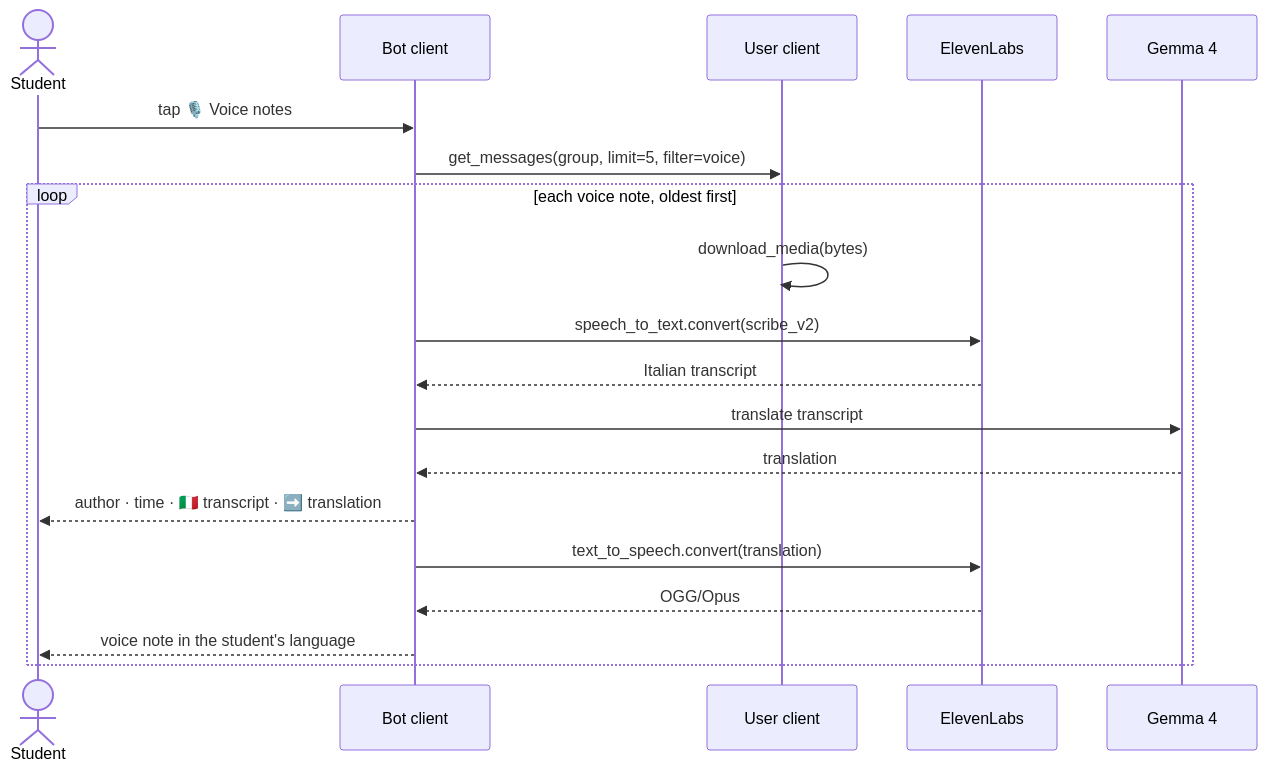
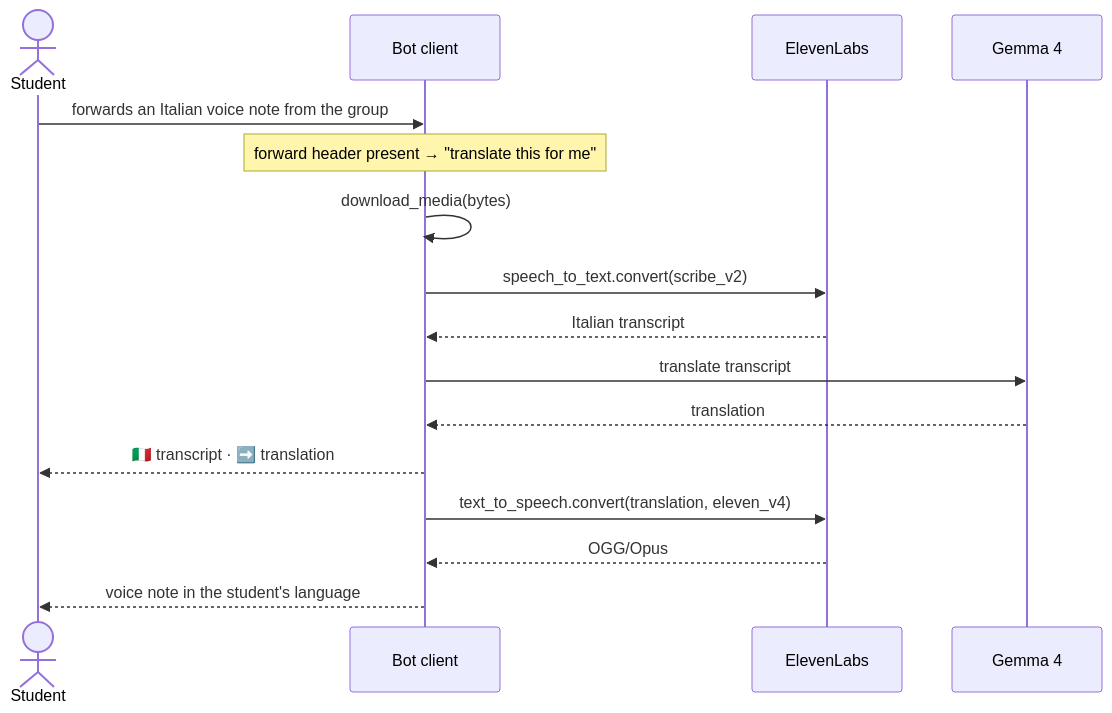
One commit to pitasialessandro/erasmus-group-translator changed the third of 4 diagrams in architecture.md. Above: the diagram before and after it, drawn with Mermaid. The commit also changed other lines of this file and 3 other files, not shown here.

Commit message:
Replace group Voice notes with translation of forwarded voice notes; docs updated

````diff
--- a/architecture.md
+++ b/architecture.md
@@ -80,22 +80,19 @@
 ```mermaid
 sequenceDiagram
     actor S as Student
     participant B as Bot client
-    participant U as User client
     participant EL as ElevenLabs
     participant LLM as Gemma 4
 
-    S->>B: tap 🎙️ Voice notes
-    B->>U: get_messages(group, limit=5, filter=voice)
-    loop each voice note, oldest first
-        U->>U: download_media(bytes)
-        B->>EL: speech_to_text.convert(scribe_v2)
-        EL-->>B: Italian transcript
-        B->>LLM: translate transcript
-        LLM-->>B: translation
-        B-->>S: author · time · 🇮🇹 transcript · ➡️ translation
-        B->>EL: text_to_speech.convert(translation)
-        EL-->>B: OGG/Opus
-        B-->>S: voice note in the student's language
-    end
+    S->>B: forwards an Italian voice note from the group
+    Note over B: forward header present → "translate this for me"
+    B->>B: download_media(bytes)
+    B->>EL: speech_to_text.convert(scribe_v2)
+    EL-->>B: Italian transcript
+    B->>LLM: translate transcript
+    LLM-->>B: translation
+    B-->>S: 🇮🇹 transcript · ➡️ translation
+    B->>EL: text_to_speech.convert(translation, eleven_v4)
+    EL-->>B: OGG/Opus
+    B-->>S: voice note in the student's language
 ```
````
